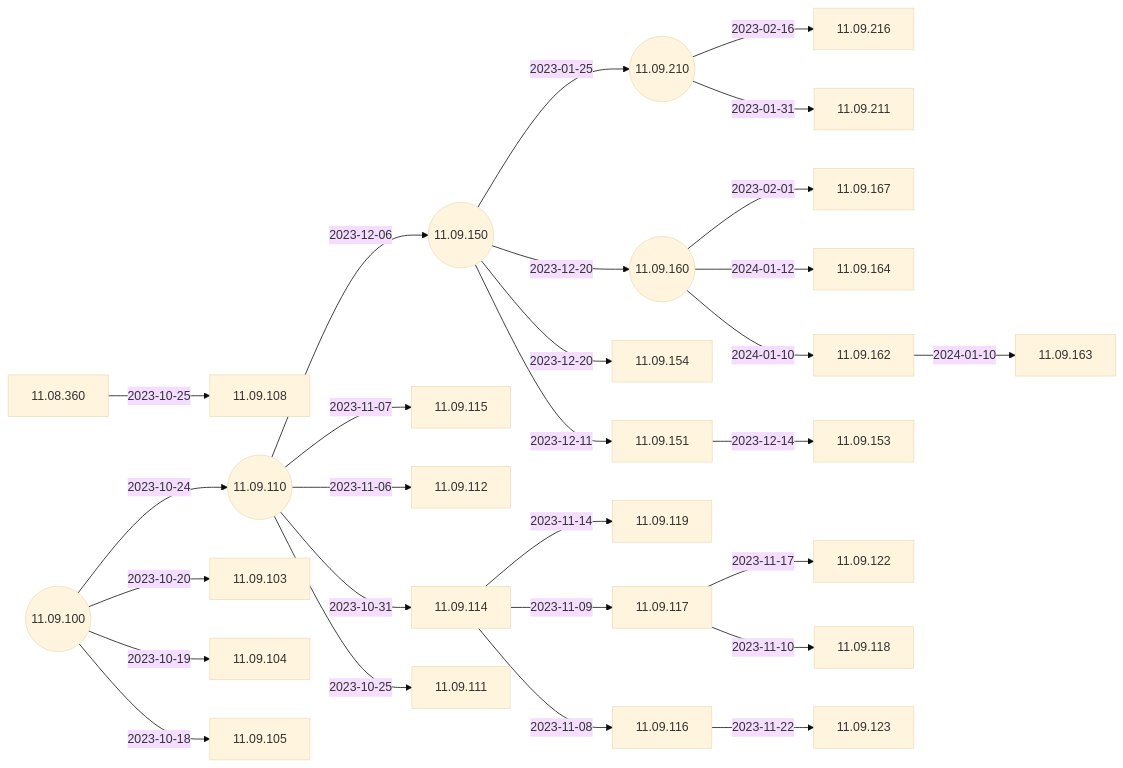
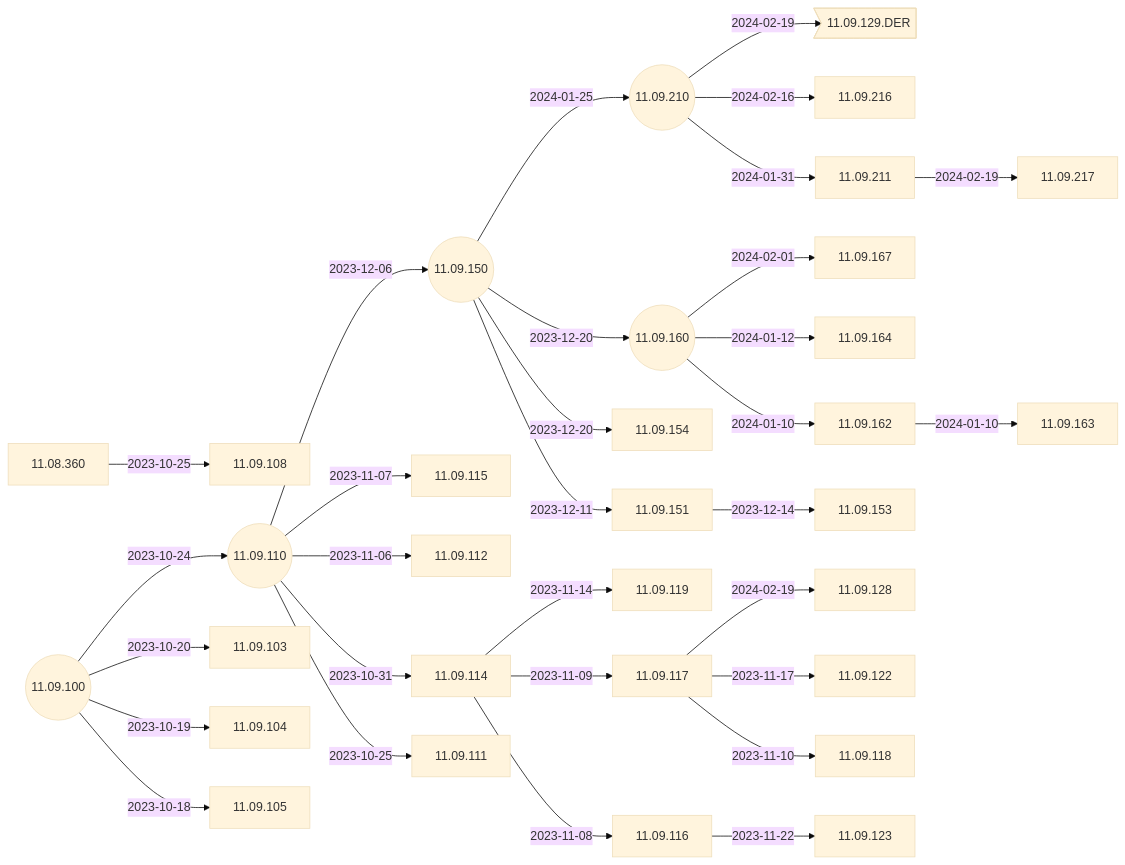
One commit to IGEL-Community/IGEL-Docs-v02 changed the second of 5 diagrams in docs/Docs/ReleaseNotes/01-OS11/README.md. Above: the diagram before and after it, drawn with Mermaid (base theme). The commit also changed 4 other files, not shown here.

````diff
--- a/docs/Docs/ReleaseNotes/01-OS11/README.md
+++ b/docs/Docs/ReleaseNotes/01-OS11/README.md
@@ -41,59 +41,65 @@
 ```mermaid
 flowchart LR
-    11.09.210-- 2023-02-16 -->11.09.216
-    11.09.160-- 2023-02-01 -->11.09.167
-    11.09.210-- 2023-01-31 -->11.09.211
-    11.09.150-- 2023-01-25 -->11.09.210((11.09.210))
+    11.09.210-- 2024-02-19 -->11.09.129.DER>11.09.129.DER]
+    11.09.211-- 2024-02-19 -->11.09.217
+    11.09.117-- 2024-02-19 -->11.09.128
+    11.09.210-- 2024-02-16 -->11.09.216
+    11.09.160-- 2024-02-01 -->11.09.167
+    11.09.210-- 2024-01-31 -->11.09.211
+    11.09.150-- 2024-01-25 -->11.09.210((11.09.210))
     11.09.162-- 2024-01-10 -->11.09.163
     11.09.160-- 2024-01-12 -->11.09.164
     11.09.160-- 2024-01-10 -->11.09.162
     11.09.150-- 2023-12-20 -->11.09.160((11.09.160))
     11.09.150-- 2023-12-20 -->11.09.154
     11.09.151-- 2023-12-14 -->11.09.153
     11.09.150-- 2023-12-11 -->11.09.151
     11.09.110-- 2023-12-06 -->11.09.150((11.09.150))
     11.09.116-- 2023-11-22 -->11.09.123
     11.09.117-- 2023-11-17 -->11.09.122
     11.09.114-- 2023-11-14 -->11.09.119
     11.09.117-- 2023-11-10 -->11.09.118
     11.09.114-- 2023-11-09 -->11.09.117
     11.09.114-- 2023-11-08 -->11.09.116
     11.09.110-- 2023-11-07 -->11.09.115
     11.09.110-- 2023-11-06 -->11.09.112
     11.09.110-- 2023-10-31 -->11.09.114
     11.08.360-- 2023-10-25 -->11.09.108
     11.09.110-- 2023-10-25 -->11.09.111
     11.09.100-- 2023-10-24 -->11.09.110((11.09.110))
     11.09.100-- 2023-10-20 -->11.09.103
     11.09.100-- 2023-10-19 -->11.09.104
     11.09.100-- 2023-10-18 -->11.09.105
     11.09.100((11.09.100))
+    click 11.09.129.DER "https://github.com/IGEL-Community/IGEL-Docs-v02/tree/main/docs/Docs/ReleaseNotes/01-OS11/readme11.09.129.DER.txt" _blank
+    click 11.09.217 "https://github.com/IGEL-Community/IGEL-Docs-v02/tree/main/docs/Docs/ReleaseNotes/01-OS11/readme11.09.217.txt" _blank
+    click 11.09.128 "https://github.com/IGEL-Community/IGEL-Docs-v02/tree/main/docs/Docs/ReleaseNotes/01-OS11/readme11.09.128.txt" _blank
     click 11.09.216 "https://github.com/IGEL-Community/IGEL-Docs-v02/tree/main/docs/Docs/ReleaseNotes/01-OS11/readme11.09.216.txt" _blank
     click 11.09.167 "https://github.com/IGEL-Community/IGEL-Docs-v02/tree/main/docs/Docs/ReleaseNotes/01-OS11/readme11.09.167.txt" _blank
     click 11.09.211 "https://github.com/IGEL-Community/IGEL-Docs-v02/tree/main/docs/Docs/ReleaseNotes/01-OS11/readme11.09.211.txt" _blank
     click 11.09.210 "https://github.com/IGEL-Community/IGEL-Docs-v02/tree/main/docs/Docs/ReleaseNotes/01-OS11/readme11.09.210.txt" _blank
     click 11.09.163 "https://github.com/IGEL-Community/IGEL-Docs-v02/tree/main/docs/Docs/ReleaseNotes/01-OS11/readme11.09.163.txt" _blank
     click 11.09.164 "https://github.com/IGEL-Community/IGEL-Docs-v02/tree/main/docs/Docs/ReleaseNotes/01-OS11/readme11.09.164.txt" _blank
     click 11.09.162 "https://github.com/IGEL-Community/IGEL-Docs-v02/tree/main/docs/Docs/ReleaseNotes/01-OS11/readme11.09.162.txt" _blank
     click 11.09.160 "https://github.com/IGEL-Community/IGEL-Docs-v02/tree/main/docs/Docs/ReleaseNotes/01-OS11/readme11.09.160.txt" _blank
     click 11.09.154 "https://github.com/IGEL-Community/IGEL-Docs-v02/tree/main/docs/Docs/ReleaseNotes/01-OS11/readme11.09.154.txt" _blank
     click 11.09.153 "https://github.com/IGEL-Community/IGEL-Docs-v02/tree/main/docs/Docs/ReleaseNotes/01-OS11/readme11.09.153.txt" _blank
     click 11.09.151 "https://github.com/IGEL-Community/IGEL-Docs-v02/tree/main/docs/Docs/ReleaseNotes/01-OS11/readme11.09.151.txt" _blank
     click 11.09.150 "https://github.com/IGEL-Community/IGEL-Docs-v02/tree/main/docs/Docs/ReleaseNotes/01-OS11/readme11.09.150.txt" _blank
     click 11.09.123 "https://github.com/IGEL-Community/IGEL-Docs-v02/tree/main/docs/Docs/ReleaseNotes/01-OS11/readme11.09.123.txt" _blank
     click 11.09.122 "https://github.com/IGEL-Community/IGEL-Docs-v02/tree/main/docs/Docs/ReleaseNotes/01-OS11/readme11.09.122.txt" _blank
     click 11.09.119 "https://github.com/IGEL-Community/IGEL-Docs-v02/tree/main/docs/Docs/ReleaseNotes/01-OS11/readme11.09.119.txt" _blank
     click 11.09.118 "https://github.com/IGEL-Community/IGEL-Docs-v02/tree/main/docs/Docs/ReleaseNotes/01-OS11/readme11.09.118.txt" _blank
     click 11.09.117 "https://github.com/IGEL-Community/IGEL-Docs-v02/tree/main/docs/Docs/ReleaseNotes/01-OS11/readme11.09.117.txt" _blank
     click 11.09.116 "https://github.com/IGEL-Community/IGEL-Docs-v02/tree/main/docs/Docs/ReleaseNotes/01-OS11/readme11.09.116.txt" _blank
     click 11.09.115 "https://github.com/IGEL-Community/IGEL-Docs-v02/tree/main/docs/Docs/ReleaseNotes/01-OS11/readme11.09.115.txt" _blank
     click 11.09.112 "https://github.com/IGEL-Community/IGEL-Docs-v02/tree/main/docs/Docs/ReleaseNotes/01-OS11/readme11.09.112.txt" _blank
     click 11.09.114 "https://github.com/IGEL-Community/IGEL-Docs-v02/tree/main/docs/Docs/ReleaseNotes/01-OS11/readme11.09.114.txt" _blank
     click 11.09.108 "https://github.com/IGEL-Community/IGEL-Docs-v02/tree/main/docs/Docs/ReleaseNotes/01-OS11/readme11.09.108.txt" _blank
     click 11.09.111 "https://github.com/IGEL-Community/IGEL-Docs-v02/tree/main/docs/Docs/ReleaseNotes/01-OS11/readme11.09.111.txt" _blank
     click 11.09.110 "https://github.com/IGEL-Community/IGEL-Docs-v02/tree/main/docs/Docs/ReleaseNotes/01-OS11/readme11.09.110.txt" _blank
     click 11.09.103 "https://github.com/IGEL-Community/IGEL-Docs-v02/tree/main/docs/Docs/ReleaseNotes/01-OS11/readme11.09.103.txt" _blank
     click 11.09.104 "https://github.com/IGEL-Community/IGEL-Docs-v02/tree/main/docs/Docs/ReleaseNotes/01-OS11/readme11.09.104.txt" _blank
     click 11.09.105 "https://github.com/IGEL-Community/IGEL-Docs-v02/tree/main/docs/Docs/ReleaseNotes/01-OS11/readme11.09.105.txt" _blank
     click 11.09.100 "https://github.com/IGEL-Community/IGEL-Docs-v02/tree/main/docs/Docs/ReleaseNotes/01-OS11/readme11.09.100.txt" _blank
 ```
````
